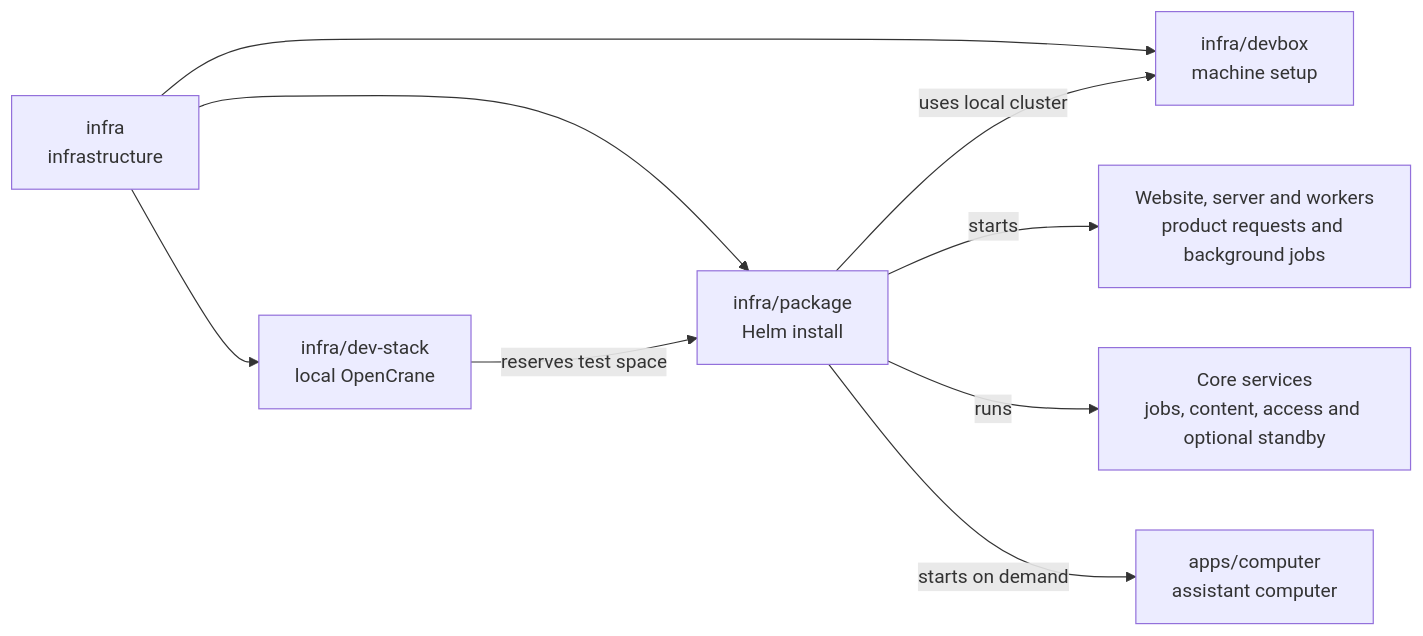
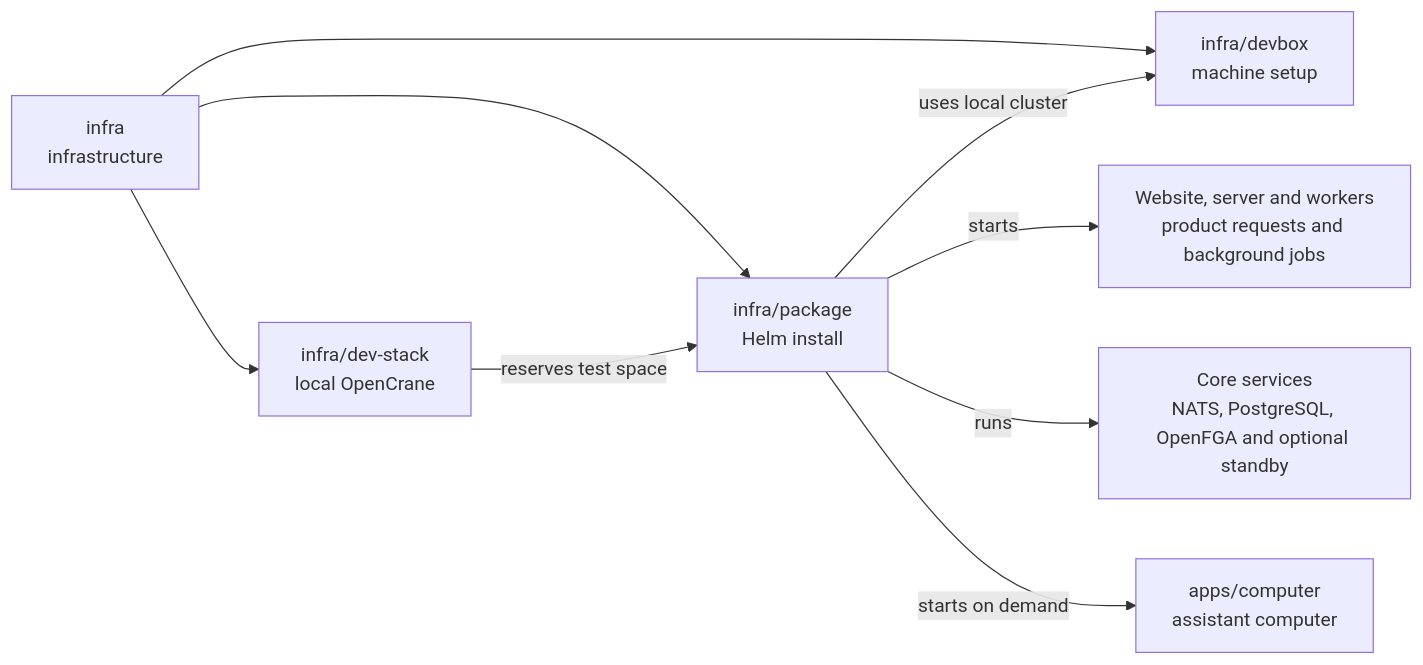
The diagram in infra/package/README.md (elewa-git/opencrane-new), drawn with Mermaid before and after one commit. The commit also changed other lines of this file and 13 other files, not shown here.

````diff
--- a/infra/package/README.md
+++ b/infra/package/README.md
@@ -18,11 +18,11 @@
 ```mermaid
 flowchart LR
   infra["infra<br/>infrastructure"] --> package["infra/package<br/>Helm install"]
   infra --> stack["infra/dev-stack<br/>local OpenCrane"]
   infra --> devbox["infra/devbox<br/>machine setup"]
   stack -->|reserves test space| package
   package -->|uses local cluster| devbox
   package -->|starts| apps["Website, server and workers<br/>product requests and background jobs"]
-  package -->|runs| services["Core services<br/>jobs, content, access and optional standby"]
+  package -->|runs| services["Core services<br/>NATS, PostgreSQL, OpenFGA and optional standby"]
   package -->|starts on demand| computer["apps/computer<br/>assistant computer"]
 ```
````
